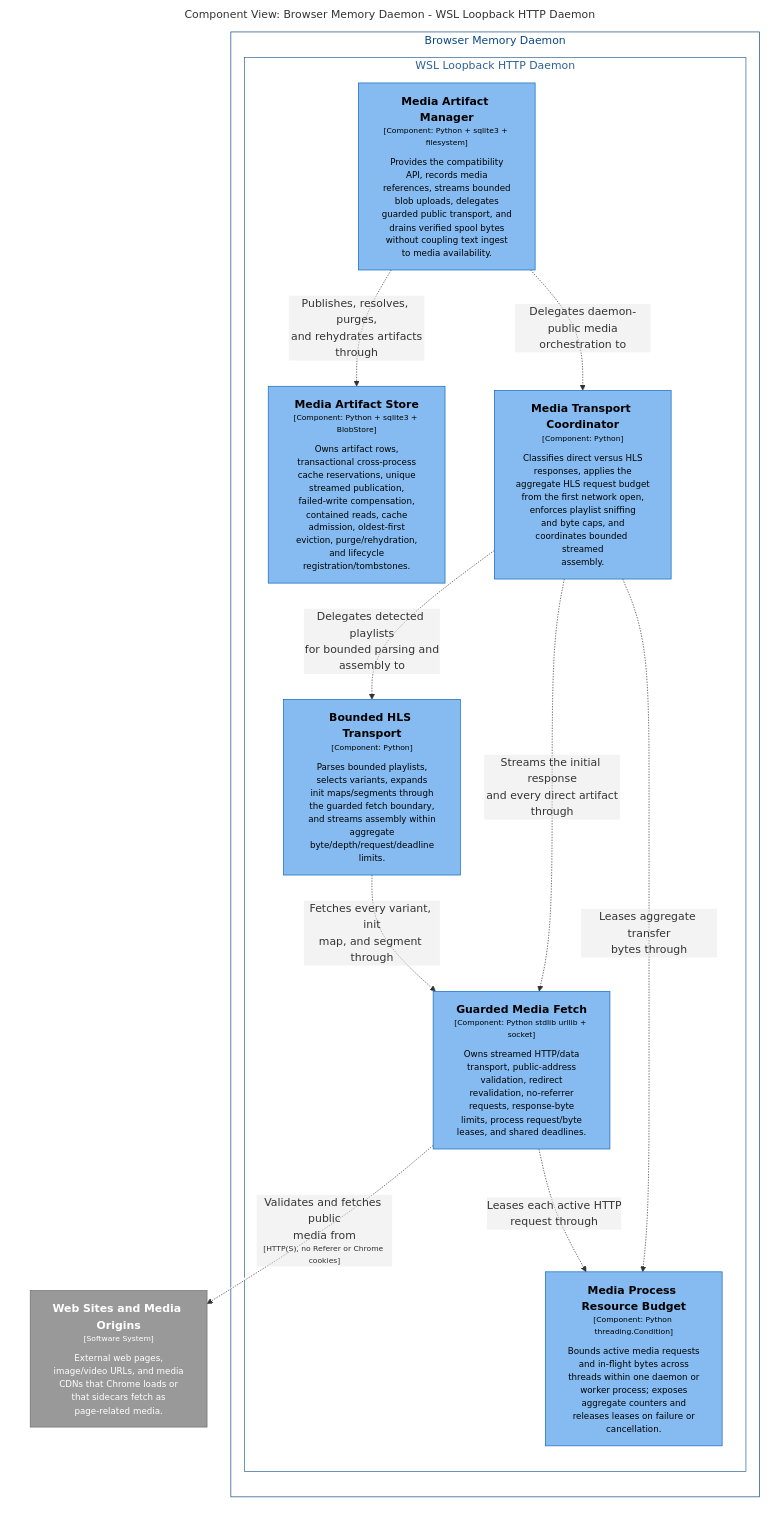
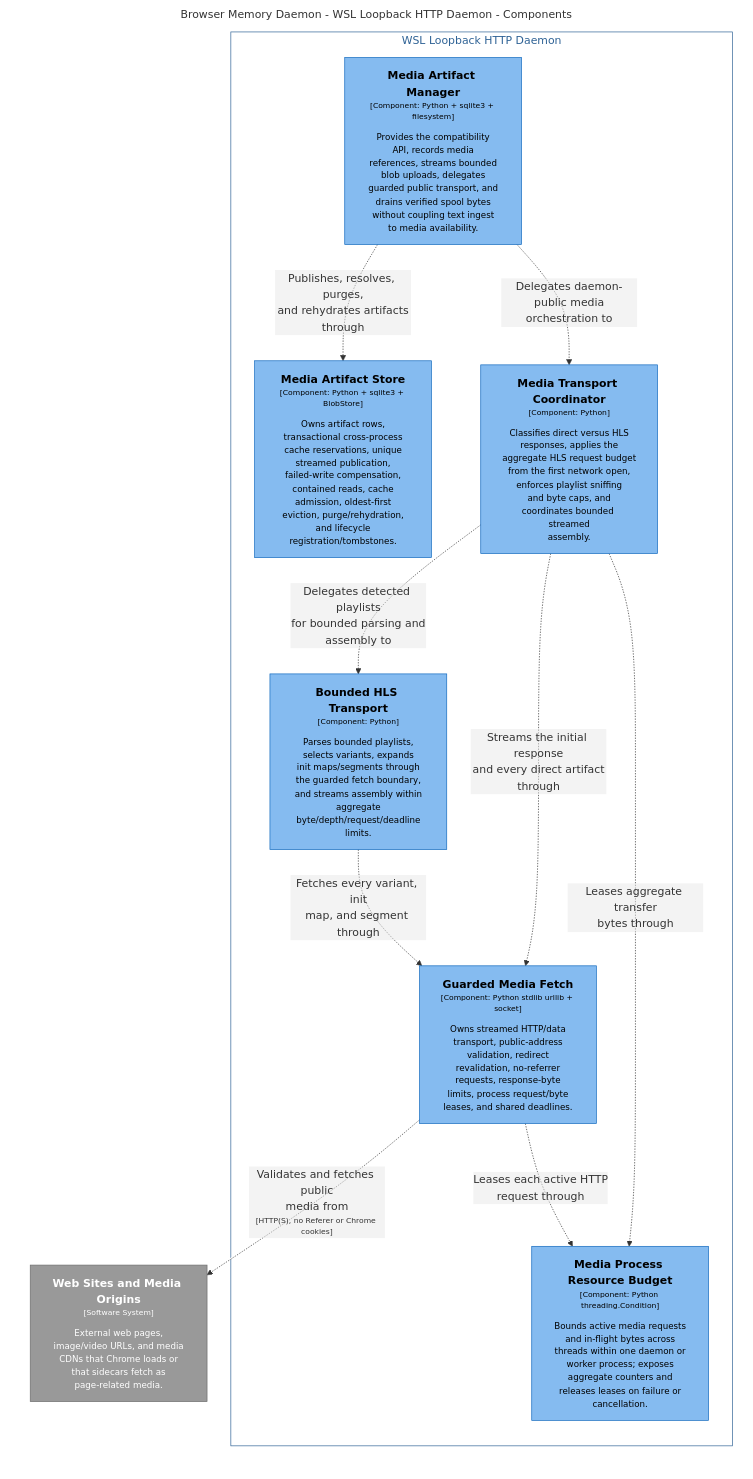
One commit to michaelnicks0/browser-memory-daemon changed the diagram in docs/architecture/diagrams/structurizr-DaemonMediaTransportComponents.mmd. Above: the diagram before and after it, drawn with Mermaid. The commit also changed 331 other files, not shown here.

Commit message:
docs: refresh architecture and publish surfaces

```diff
--- a/docs/architecture/diagrams/structurizr-DaemonMediaTransportComponents.mmd
+++ b/docs/architecture/diagrams/structurizr-DaemonMediaTransportComponents.mmd
@@ -1,41 +1,35 @@
 graph LR
   linkStyle default fill:#ffffff
 
-  subgraph diagram ["Component View: Browser Memory Daemon - WSL Loopback HTTP Daemon"]
+  subgraph diagram ["Browser Memory Daemon - WSL Loopback HTTP Daemon - Components"]
     style diagram fill:#ffffff,stroke:#ffffff
 
     3["<div style='font-weight: bold'>Web Sites and Media Origins</div><div style='font-size: 70%; margin-top: 0px'>[Software System]</div><div style='font-size: 80%; margin-top:10px'>External web pages,<br />image/video URLs, and media<br />CDNs that Chrome loads or<br />that sidecars fetch as<br />page-related media.</div>"]
     style 3 fill:#999999,stroke:#6b6b6b,color:#ffffff
 
-    subgraph 4 ["Browser Memory Daemon"]
-      style 4 fill:#ffffff,stroke:#0b4884,color:#0b4884
+    subgraph 22 ["WSL Loopback HTTP Daemon"]
+      style 22 fill:#ffffff,stroke:#2e6295,color:#2e6295
 
-      subgraph 22 ["WSL Loopback HTTP Daemon"]
-        style 22 fill:#ffffff,stroke:#2e6295,color:#2e6295
-
-        30["<div style='font-weight: bold'>Media Artifact Manager</div><div style='font-size: 70%; margin-top: 0px'>[Component: Python + sqlite3 + filesystem]</div><div style='font-size: 80%; margin-top:10px'>Provides the compatibility<br />API, records media<br />references, streams bounded<br />blob uploads, delegates<br />guarded public transport, and<br />drains verified spool bytes<br />without coupling text ingest<br />to media availability.</div>"]
-        style 30 fill:#85bbf0,stroke:#1168bd,color:#000000
-        33["<div style='font-weight: bold'>Media Artifact Store</div><div style='font-size: 70%; margin-top: 0px'>[Component: Python + sqlite3 + BlobStore]</div><div style='font-size: 80%; margin-top:10px'>Owns artifact rows,<br />transactional cross-process<br />cache reservations, unique<br />streamed publication,<br />failed-write compensation,<br />contained reads, cache<br />admission, oldest-first<br />eviction, purge/rehydration,<br />and lifecycle<br />registration/tombstones.</div>"]
-        style 33 fill:#85bbf0,stroke:#1168bd,color:#000000
-        34["<div style='font-weight: bold'>Media Transport Coordinator</div><div style='font-size: 70%; margin-top: 0px'>[Component: Python]</div><div style='font-size: 80%; margin-top:10px'>Classifies direct versus HLS<br />responses, applies the<br />aggregate HLS request budget<br />from the first network open,<br />enforces playlist sniffing<br />and byte caps, and<br />coordinates bounded streamed<br />assembly.</div>"]
-        style 34 fill:#85bbf0,stroke:#1168bd,color:#000000
-        35["<div style='font-weight: bold'>Guarded Media Fetch</div><div style='font-size: 70%; margin-top: 0px'>[Component: Python stdlib urllib + socket]</div><div style='font-size: 80%; margin-top:10px'>Owns streamed HTTP/data<br />transport, public-address<br />validation, redirect<br />revalidation, no-referrer<br />requests, response-byte<br />limits, process request/byte<br />leases, and shared deadlines.</div>"]
-        style 35 fill:#85bbf0,stroke:#1168bd,color:#000000
-        36["<div style='font-weight: bold'>Bounded HLS Transport</div><div style='font-size: 70%; margin-top: 0px'>[Component: Python]</div><div style='font-size: 80%; margin-top:10px'>Parses bounded playlists,<br />selects variants, expands<br />init maps/segments through<br />the guarded fetch boundary,<br />and streams assembly within<br />aggregate<br />byte/depth/request/deadline<br />limits.</div>"]
-        style 36 fill:#85bbf0,stroke:#1168bd,color:#000000
-        38["<div style='font-weight: bold'>Media Process Resource Budget</div><div style='font-size: 70%; margin-top: 0px'>[Component: Python threading.Condition]</div><div style='font-size: 80%; margin-top:10px'>Bounds active media requests<br />and in-flight bytes across<br />threads within one daemon or<br />worker process; exposes<br />aggregate counters and<br />releases leases on failure or<br />cancellation.</div>"]
-        style 38 fill:#85bbf0,stroke:#1168bd,color:#000000
-      end
-
+      30["<div style='font-weight: bold'>Media Artifact Manager</div><div style='font-size: 70%; margin-top: 0px'>[Component: Python + sqlite3 + filesystem]</div><div style='font-size: 80%; margin-top:10px'>Provides the compatibility<br />API, records media<br />references, streams bounded<br />blob uploads, delegates<br />guarded public transport, and<br />drains verified spool bytes<br />without coupling text ingest<br />to media availability.</div>"]
+      style 30 fill:#85bbf0,stroke:#1168bd,color:#000000
+      33["<div style='font-weight: bold'>Media Artifact Store</div><div style='font-size: 70%; margin-top: 0px'>[Component: Python + sqlite3 + BlobStore]</div><div style='font-size: 80%; margin-top:10px'>Owns artifact rows,<br />transactional cross-process<br />cache reservations, unique<br />streamed publication,<br />failed-write compensation,<br />contained reads, cache<br />admission, oldest-first<br />eviction, purge/rehydration,<br />and lifecycle<br />registration/tombstones.</div>"]
+      style 33 fill:#85bbf0,stroke:#1168bd,color:#000000
+      34["<div style='font-weight: bold'>Media Transport Coordinator</div><div style='font-size: 70%; margin-top: 0px'>[Component: Python]</div><div style='font-size: 80%; margin-top:10px'>Classifies direct versus HLS<br />responses, applies the<br />aggregate HLS request budget<br />from the first network open,<br />enforces playlist sniffing<br />and byte caps, and<br />coordinates bounded streamed<br />assembly.</div>"]
+      style 34 fill:#85bbf0,stroke:#1168bd,color:#000000
+      35["<div style='font-weight: bold'>Guarded Media Fetch</div><div style='font-size: 70%; margin-top: 0px'>[Component: Python stdlib urllib + socket]</div><div style='font-size: 80%; margin-top:10px'>Owns streamed HTTP/data<br />transport, public-address<br />validation, redirect<br />revalidation, no-referrer<br />requests, response-byte<br />limits, process request/byte<br />leases, and shared deadlines.</div>"]
+      style 35 fill:#85bbf0,stroke:#1168bd,color:#000000
+      36["<div style='font-weight: bold'>Bounded HLS Transport</div><div style='font-size: 70%; margin-top: 0px'>[Component: Python]</div><div style='font-size: 80%; margin-top:10px'>Parses bounded playlists,<br />selects variants, expands<br />init maps/segments through<br />the guarded fetch boundary,<br />and streams assembly within<br />aggregate<br />byte/depth/request/deadline<br />limits.</div>"]
+      style 36 fill:#85bbf0,stroke:#1168bd,color:#000000
+      38["<div style='font-weight: bold'>Media Process Resource Budget</div><div style='font-size: 70%; margin-top: 0px'>[Component: Python threading.Condition]</div><div style='font-size: 80%; margin-top:10px'>Bounds active media requests<br />and in-flight bytes across<br />threads within one daemon or<br />worker process; exposes<br />aggregate counters and<br />releases leases on failure or<br />cancellation.</div>"]
+      style 38 fill:#85bbf0,stroke:#1168bd,color:#000000
     end
 
     30-. "<div>Publishes, resolves, purges,<br />and rehydrates artifacts<br />through</div><div style='font-size: 70%'></div>" .->33
     30-. "<div>Delegates daemon-public media<br />orchestration to</div><div style='font-size: 70%'></div>" .->34
     34-. "<div>Streams the initial response<br />and every direct artifact<br />through</div><div style='font-size: 70%'></div>" .->35
     34-. "<div>Delegates detected playlists<br />for bounded parsing and<br />assembly to</div><div style='font-size: 70%'></div>" .->36
     34-. "<div>Leases aggregate transfer<br />bytes through</div><div style='font-size: 70%'></div>" .->38
     35-. "<div>Leases each active HTTP<br />request through</div><div style='font-size: 70%'></div>" .->38
     35-. "<div>Validates and fetches public<br />media from</div><div style='font-size: 70%'>[HTTP(S), no Referer or Chrome cookies]</div>" .->3
     36-. "<div>Fetches every variant, init<br />map, and segment through</div><div style='font-size: 70%'></div>" .->35
-
   end
```
